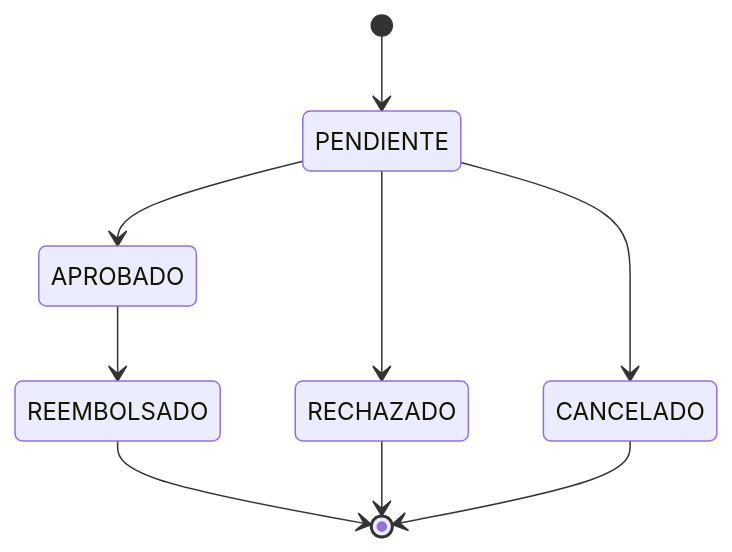
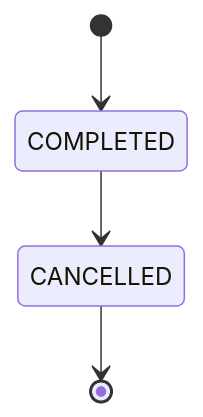
The second of 3 diagrams in Documentation/Dietetica Lembas/03 - Dominio/Maquina de Estados.md (NachoOsella/tfi-lembas), drawn with Mermaid before and after one commit. The commit also changed other lines of this file and 41 other files, not shown here.

````diff
--- a/Documentation/Dietetica Lembas/03 - Dominio/Maquina de Estados.md
+++ b/Documentation/Dietetica Lembas/03 - Dominio/Maquina de Estados.md
@@ -48,12 +40,7 @@
 ```mermaid
 %%{init: {"theme": "base", "themeVariables": {"darkMode": true, "background": "#1d2021", "primaryColor": "#32302f", "primaryTextColor": "#d4be98", "primaryBorderColor": "#d4be98", "lineColor": "#d4be98", "secondaryColor": "#32302f", "tertiaryColor": "#1d2021", "textColor": "#d4be98", "noteBkgColor": "#32302f", "noteTextColor": "#d4be98", "noteBorderColor": "#d8a657", "actorBkg": "#32302f", "actorTextColor": "#d4be98", "actorLineColor": "#d4be98", "signalColor": "#7daea3", "signalTextColor": "#d4be98", "labelBoxBkgColor": "#32302f", "labelBoxBorderColor": "#d4be98", "labelTextColor": "#d4be98", "loopTextColor": "#d4be98"}}%%
 stateDiagram-v2
-    [*] --> PENDIENTE
-    PENDIENTE --> APROBADO
-    PENDIENTE --> RECHAZADO
-    PENDIENTE --> CANCELADO
-    APROBADO --> REEMBOLSADO
-    REEMBOLSADO --> [*]
-    RECHAZADO --> [*]
-    CANCELADO --> [*]
+    [*] --> COMPLETED
+    COMPLETED --> CANCELLED
+    CANCELLED --> [*]
 ```
````
